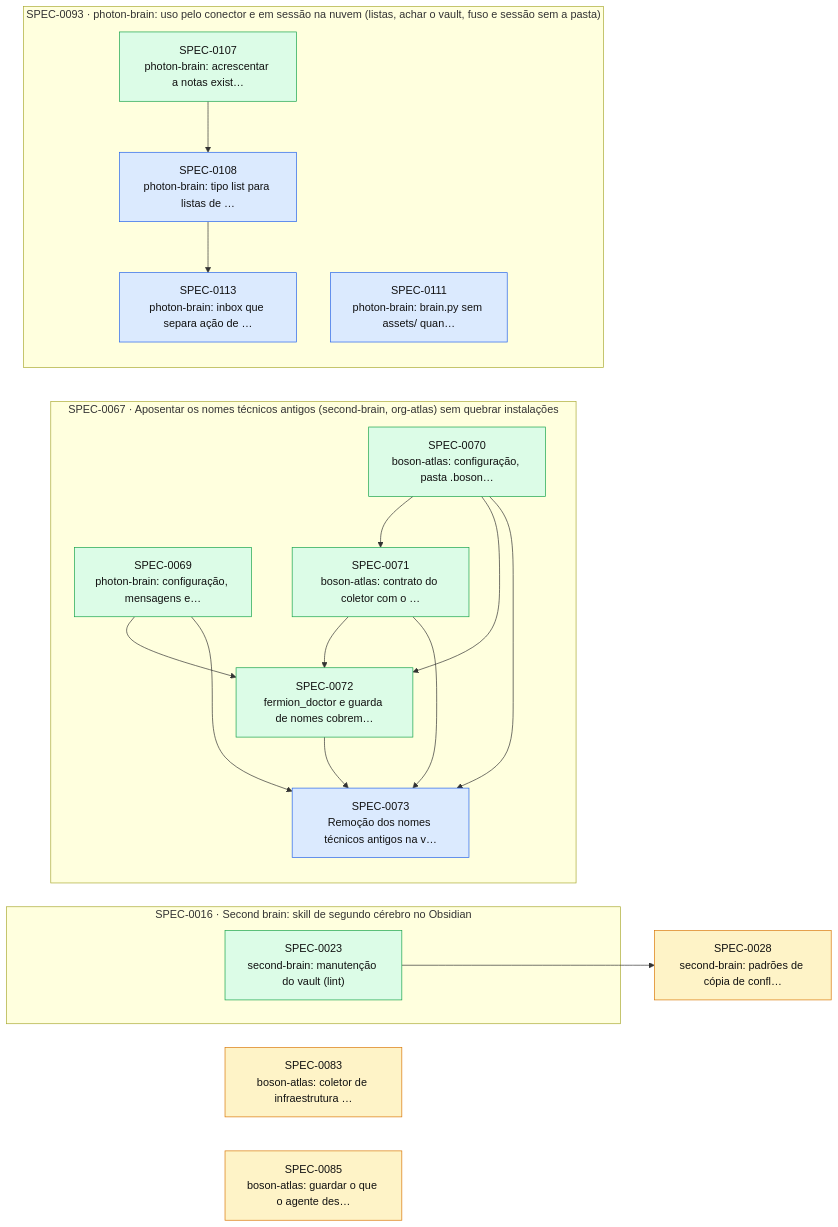
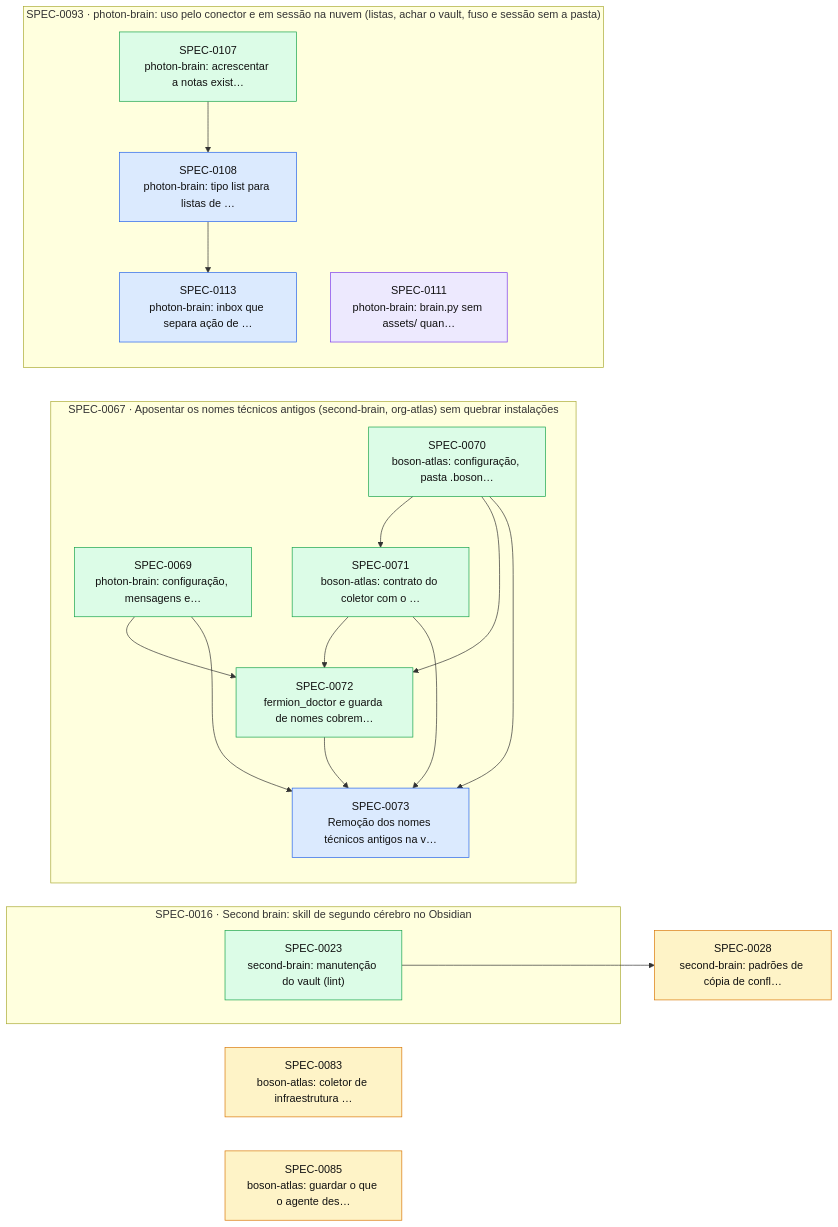
Before and after one commit to thomasravache/ai-dev-brain: the diagram in docs/specs/INDEX.md, drawn with Mermaid. The commit also changed other lines of this file and 1 other file, not shown here.

First line of the commit message:
docs(specs): inicia a SPEC-0111

````diff
--- a/docs/specs/INDEX.md
+++ b/docs/specs/INDEX.md
@@ -68,38 +68,38 @@
 ```mermaid
 flowchart LR
   S0028["SPEC-0028<br/>second-brain: padrões de cópia de confl…"]:::proposed
   S0083["SPEC-0083<br/>boson-atlas: coletor de infraestrutura …"]:::proposed
   S0085["SPEC-0085<br/>boson-atlas: guardar o que o agente des…"]:::proposed
   subgraph E0016["SPEC-0016 · Second brain: skill de segundo cérebro no Obsidian"]
     S0023["SPEC-0023<br/>second-brain: manutenção do vault (lint)"]:::implemented
   end
   subgraph E0067["SPEC-0067 · Aposentar os nomes técnicos antigos (second-brain, org-atlas) sem quebrar instalações"]
     S0069["SPEC-0069<br/>photon-brain: configuração, mensagens e…"]:::implemented
     S0070["SPEC-0070<br/>boson-atlas: configuração, pasta .boson…"]:::implemented
     S0071["SPEC-0071<br/>boson-atlas: contrato do coletor com o …"]:::implemented
     S0072["SPEC-0072<br/>fermion_doctor e guarda de nomes cobrem…"]:::implemented
     S0073["SPEC-0073<br/>Remoção dos nomes técnicos antigos na v…"]:::approved
   end
   subgraph E0093["SPEC-0093 · photon-brain: uso pelo conector e em sessão na nuvem (listas, achar o vault, fuso e sessão sem a pasta)"]
     S0107["SPEC-0107<br/>photon-brain: acrescentar a notas exist…"]:::implemented
     S0108["SPEC-0108<br/>photon-brain: tipo list para listas de …"]:::approved
-    S0111["SPEC-0111<br/>photon-brain: brain.py sem assets/ quan…"]:::approved
+    S0111["SPEC-0111<br/>photon-brain: brain.py sem assets/ quan…"]:::inprogress
     S0113["SPEC-0113<br/>photon-brain: inbox que separa ação de …"]:::approved
   end
   S0023 --> S0028
   S0070 --> S0071
   S0069 --> S0072
   S0070 --> S0072
   S0071 --> S0072
   S0069 --> S0073
   S0070 --> S0073
   S0071 --> S0073
   S0072 --> S0073
   S0107 --> S0108
   S0108 --> S0113
   classDef proposed fill:#fef3c7,stroke:#d97706,color:#111
   classDef approved fill:#dbeafe,stroke:#2563eb,color:#111
   classDef inprogress fill:#ede9fe,stroke:#7c3aed,color:#111
   classDef implemented fill:#dcfce7,stroke:#16a34a,color:#111
   classDef deprecated fill:#f3f4f6,stroke:#9ca3af,color:#6b7280
 ```
````
